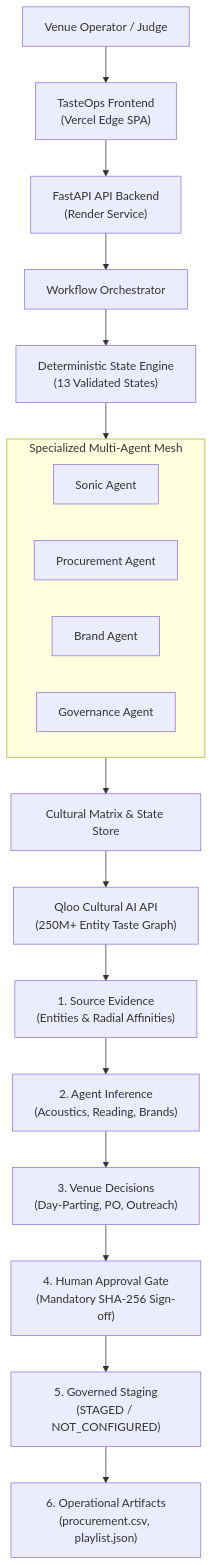
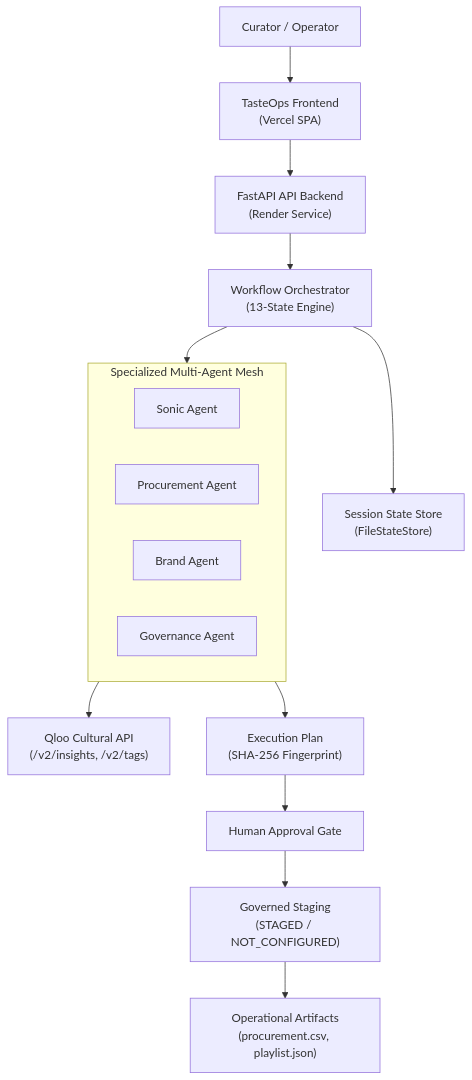
One commit to maitray-agrawal/TasteOps changed the diagram in README.md. Above: the diagram before and after it, drawn with Mermaid. The commit also changed other lines of this file, not shown here.

````diff
--- a/README.md
+++ b/README.md
@@ -96,25 +89,21 @@
 ```mermaid
 graph TD
-    User["Venue Operator / Judge"] --> Frontend["TasteOps Frontend<br/>(Vercel Edge SPA)"]
+    User["Curator / Operator"] --> Frontend["TasteOps Frontend<br/>(Vercel SPA)"]
     Frontend --> API["FastAPI API Backend<br/>(Render Service)"]
-    API --> Orchestrator["Workflow Orchestrator"]
-    Orchestrator --> Engine["Deterministic State Engine<br/>(13 Validated States)"]
+    API --> Engine["Workflow Orchestrator<br/>(13-State Engine)"]
     
     subgraph Agents ["Specialized Multi-Agent Mesh"]
         A1["Sonic Agent"]
         A2["Procurement Agent"]
         A3["Brand Agent"]
         A4["Governance Agent"]
     end
     
     Engine --> Agents
-    Agents --> Matrix["Cultural Matrix & State Store"]
-    Matrix --> Qloo["Qloo Cultural AI API<br/>(250M+ Entity Taste Graph)"]
-    
-    Qloo --> Evidence["1. Source Evidence<br/>(Entities & Radial Affinities)"]
-    Evidence --> Inference["2. Agent Inference<br/>(Acoustics, Reading, Brands)"]
-    Inference --> Decisions["3. Venue Decisions<br/>(Day-Parting, PO, Outreach)"]
-    Decisions --> Approval["4. Human Approval Gate<br/>(Mandatory SHA-256 Sign-off)"]
-    Approval --> Execution["5. Governed Staging<br/>(STAGED / NOT_CONFIGURED)"]
-    Execution --> Artifacts["6. Operational Artifacts<br/>(procurement.csv, playlist.json)"]
+    Agents --> Qloo["Qloo Cultural API<br/>(/v2/insights, /v2/tags)"]
+    Engine --> State["Session State Store<br/>(FileStateStore)"]
+    Agents --> Plan["Execution Plan<br/>(SHA-256 Fingerprint)"]
+    Plan --> Approval["Human Approval Gate"]
+    Approval --> Execution["Governed Staging<br/>(STAGED / NOT_CONFIGURED)"]
+    Execution --> Artifacts["Operational Artifacts<br/>(procurement.csv, playlist.json)"]
 ```
````
